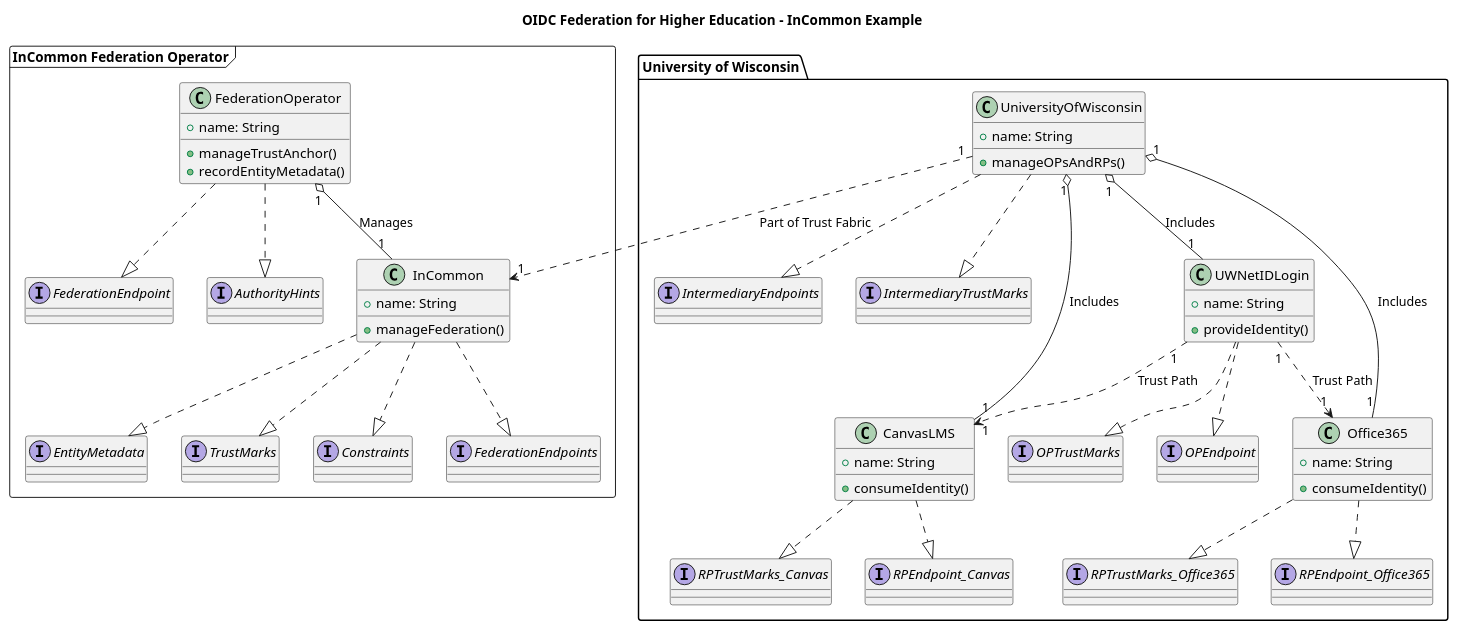
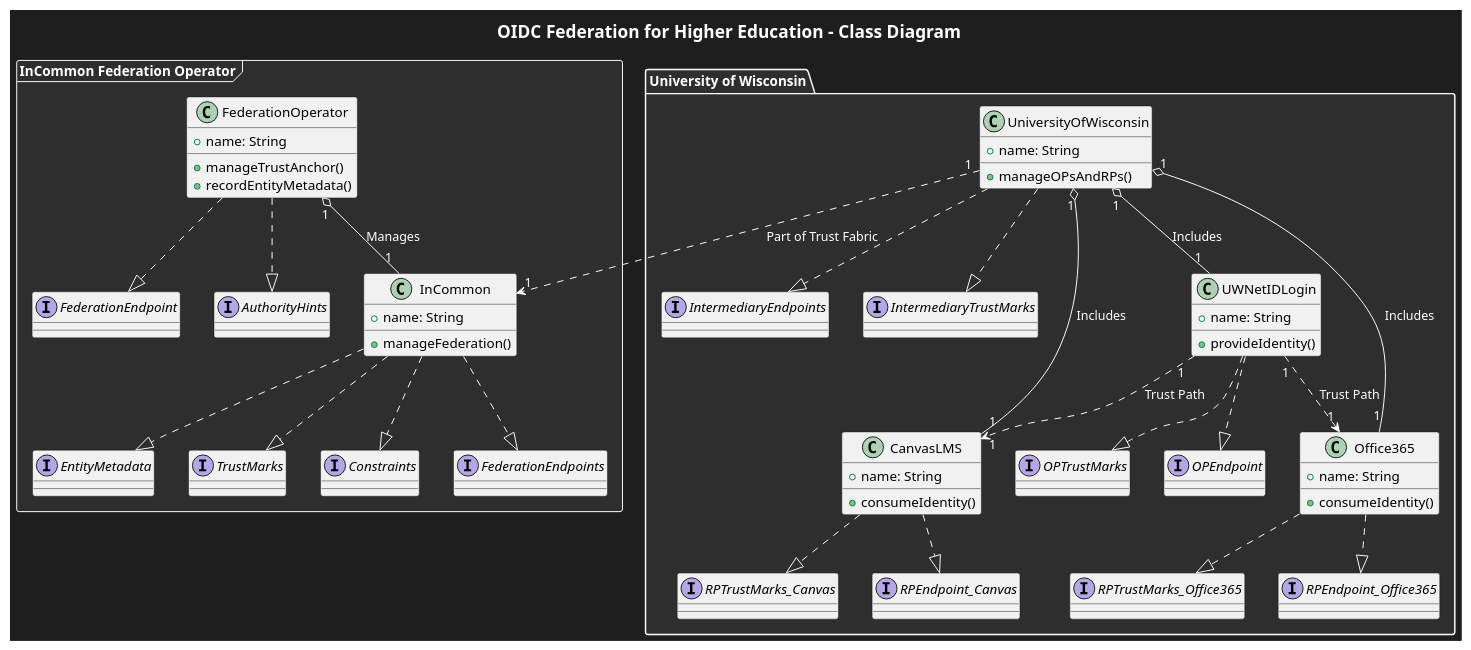
The diagram in porewg_class.puml (tom-jordan23/porewg), drawn with PlantUML before and after one commit. The commit also changed 3 other files, not shown here.

Commit message:
added activity, use case and sequence diagrams

```diff
--- a/porewg_class.puml
+++ b/porewg_class.puml
@@ -1,86 +1,115 @@
 @startuml
-title OIDC Federation for Higher Education - InCommon Example
+' Set dark theme
+skinparam backgroundColor #1e1e1e
+skinparam componentStyle rectangle
+skinparam shadowing false
+skinparam component {
+  backgroundColor #2e2e2e
+  borderColor white
+  fontColor white
+}
+skinparam package {
+  backgroundColor #2e2e2e
+  borderColor white
+  fontColor white
+}
+skinparam interface {
+  backgroundColor #2e2e2e
+  borderColor white
+  fontColor white
+}
+skinparam noteBackgroundColor #333333
+skinparam noteBorderColor white
+skinparam noteFontColor white
+skinparam arrowColor white
+skinparam arrowFontColor white
+skinparam defaultTextAlignment center
+skinparam FrameFontColor White
+skinparam TitleFontColor White
+skinparam TitleFontSize 18
+title OIDC Federation for Higher Education - Class Diagram
+
 
 ' Federation Operator and Trust Anchor
 frame "InCommon Federation Operator" {
     class InCommon {
         + name: String
         + manageFederation()
     }
     interface EntityMetadata
     interface TrustMarks
     interface Constraints
     interface FederationEndpoints
 
     InCommon ..|> EntityMetadata
     InCommon ..|> TrustMarks
     InCommon ..|> Constraints
     InCommon ..|> FederationEndpoints
 
     class FederationOperator {
         + name: String
         + manageTrustAnchor()
         + recordEntityMetadata()
     }
     interface FederationEndpoint
     interface AuthorityHints
 
     FederationOperator ..|> FederationEndpoint
     FederationOperator ..|> AuthorityHints
     FederationOperator "1" o-- "1" InCommon : "Manages"
 }
 
 ' Intermediary (University)
 package "University of Wisconsin" {
     class UniversityOfWisconsin {
         + name: String
         + manageOPsAndRPs()
     }
     interface IntermediaryEndpoints
     interface IntermediaryTrustMarks
 
     UniversityOfWisconsin ..|> IntermediaryEndpoints
     UniversityOfWisconsin ..|> IntermediaryTrustMarks
 
     ' OP (OpenID Provider)
     class UWNetIDLogin {
         + name: String
         + provideIdentity()
     }
     interface OPTrustMarks
     interface OPEndpoint
 
     UWNetIDLogin ..|> OPTrustMarks
     UWNetIDLogin ..|> OPEndpoint
     UniversityOfWisconsin "1" o-- "1" UWNetIDLogin : "Includes"
 
     ' RPs (Relying Parties)
     class CanvasLMS {
         + name: String
         + consumeIdentity()
     }
     interface RPTrustMarks_Canvas
     interface RPEndpoint_Canvas
 
     CanvasLMS ..|> RPTrustMarks_Canvas
     CanvasLMS ..|> RPEndpoint_Canvas
     UniversityOfWisconsin "1" o-- "1" CanvasLMS : "Includes"
 
     class Office365 {
         + name: String
         + consumeIdentity()
     }
     interface RPTrustMarks_Office365
     interface RPEndpoint_Office365
     Office365 ..|> RPTrustMarks_Office365
     Office365 ..|> RPEndpoint_Office365
 
     UniversityOfWisconsin "1" o-- "1" Office365 : "Includes"
 }
 
 ' Relationships
 UniversityOfWisconsin "1" ..> "1" InCommon : "Part of Trust Fabric"
 UWNetIDLogin "1" ..> "1" CanvasLMS : "Trust Path"
 UWNetIDLogin "1" ..> "1" Office365 : "Trust Path"
 
 @enduml
```
